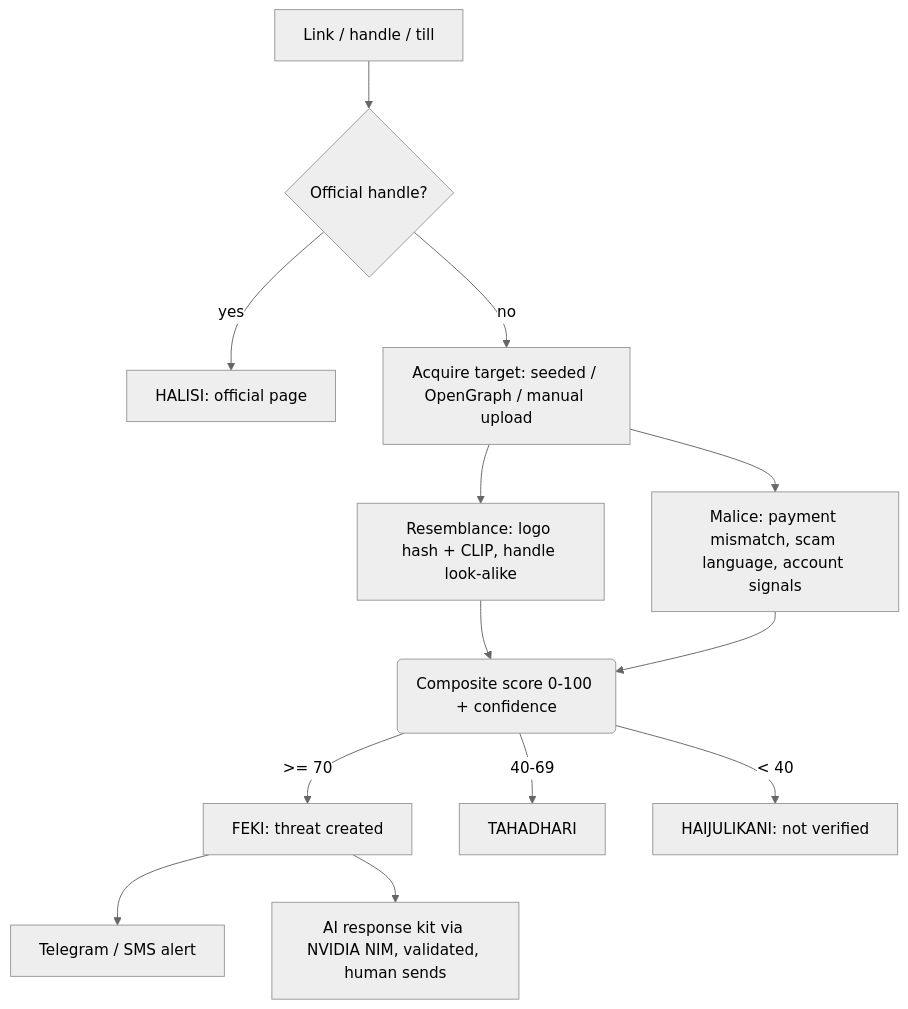
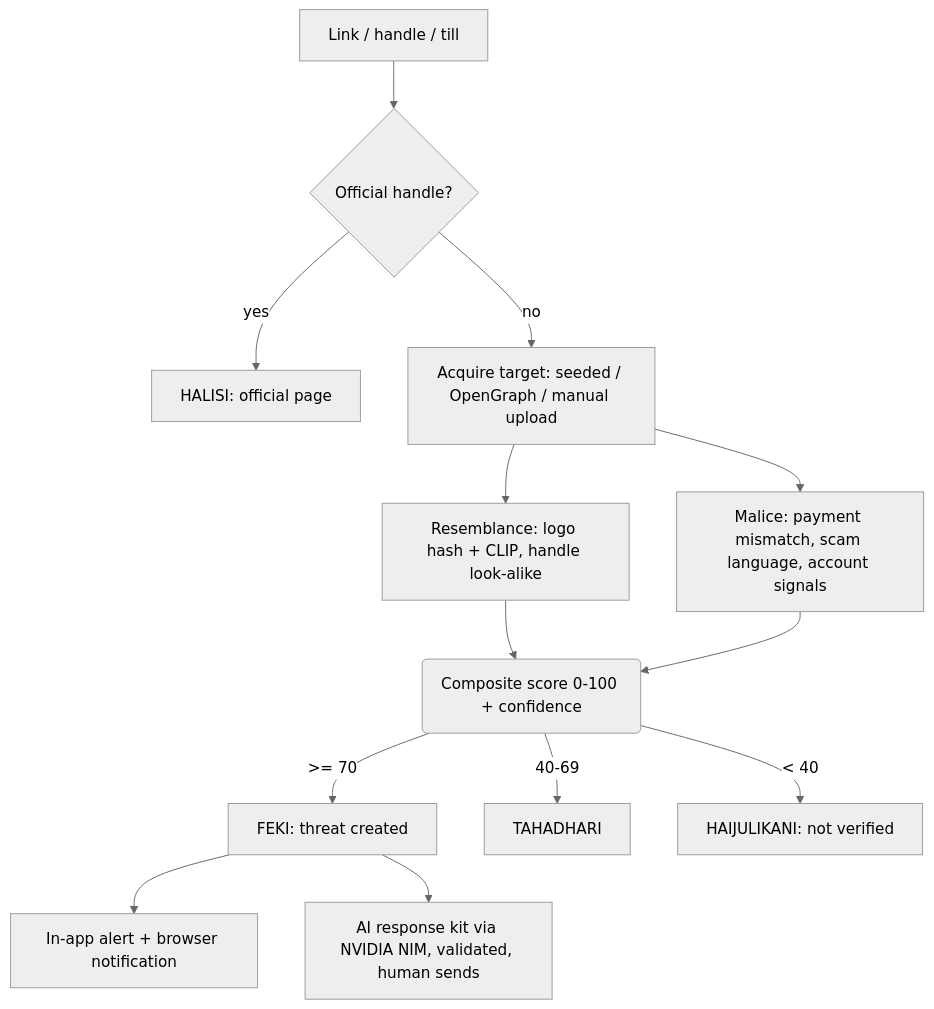
Before and after one commit to sigangandegwa/HalisiApp: the diagram in README.md, drawn with Mermaid (neutral theme). The commit also changed other lines of this file and 19 other files, not shown here.

````diff
--- a/README.md
+++ b/README.md
@@ -46,15 +46,15 @@
 ```mermaid
 graph TD
     A[Link / handle / till] --> B{Official handle?}
     B -- yes --> V[HALISI: official page]
     B -- no --> C[Acquire target: seeded / OpenGraph / manual upload]
     C --> D[Resemblance: logo hash + CLIP, handle look-alike]
     C --> E[Malice: payment mismatch, scam language, account signals]
     D --> F(Composite score 0-100 + confidence)
     E --> F
     F -->|>= 70| G[FEKI: threat created]
     F -->|40-69| H[TAHADHARI]
     F -->|< 40| I[HAIJULIKANI: not verified]
-    G --> J[Telegram / SMS alert]
+    G --> J[In-app alert + browser notification]
     G --> K[AI response kit via NVIDIA NIM, validated, human sends]
 ```
````
